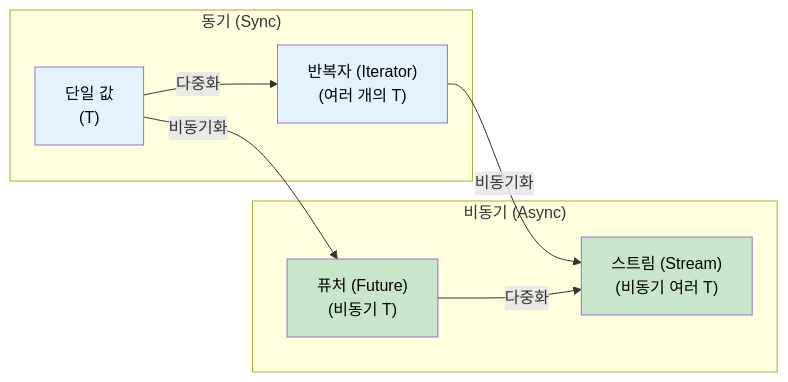
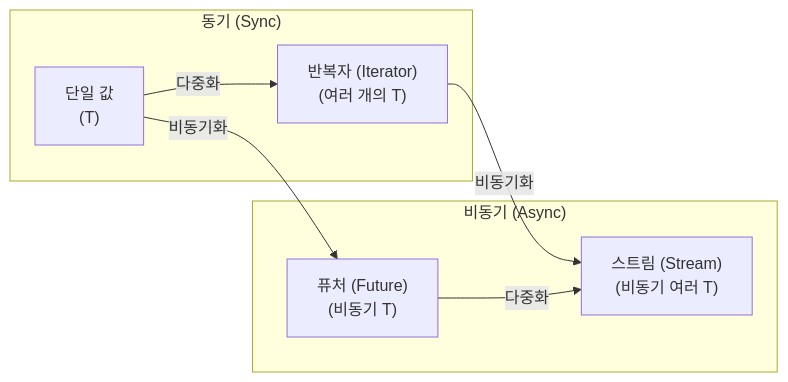
The diagram in async-book/src/ch11-streams-and-asynciterator.md (partrita/RustTraining), drawn with Mermaid before and after one commit. The commit also changed other lines of this file and 157 other files, not shown here.

````diff
--- a/async-book/src/ch11-streams-and-asynciterator.md
+++ b/async-book/src/ch11-streams-and-asynciterator.md
@@ -27,22 +14,17 @@
 ```mermaid
 graph LR
     subgraph "동기 (Sync)"
         VAL["단일 값<br/>(T)"]
         ITER["반복자 (Iterator)<br/>(여러 개의 T)"]
     end
 
     subgraph "비동기 (Async)"
         FUT["퓨처 (Future)<br/>(비동기 T)"]
         STREAM["스트림 (Stream)<br/>(비동기 여러 T)"]
     end
 
     VAL -->|"비동기화"| FUT
     ITER -->|"비동기화"| STREAM
     VAL -->|"다중화"| ITER
     FUT -->|"다중화"| STREAM
-
-    style VAL fill:#e3f2fd,color:#000
-    style ITER fill:#e3f2fd,color:#000
-    style FUT fill:#c8e6c9,color:#000
-    style STREAM fill:#c8e6c9,color:#000
 ```
````
